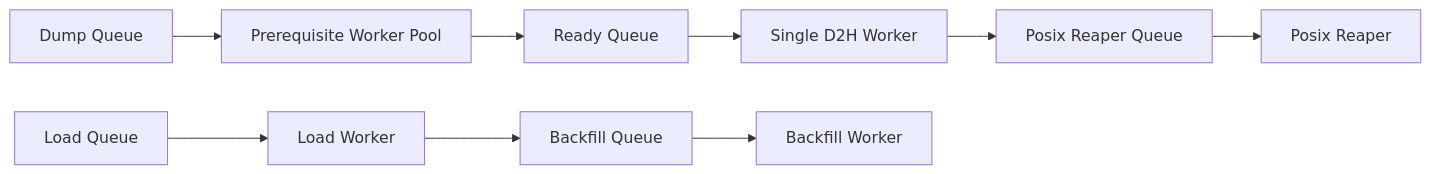
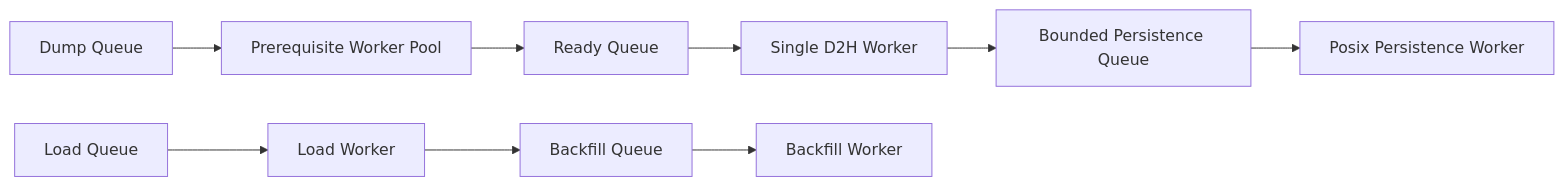
Before and after one commit to dante159753/unified-cache-management: the eighth of 8 diagrams in yuanrong_store_adaptation_design.md, drawn with Mermaid. The commit also changed other lines of this file and 7 other files, not shown here.

````diff
--- a/yuanrong_store_adaptation_design.md
+++ b/yuanrong_store_adaptation_design.md
@@ -813,12 +838,12 @@
 ```mermaid
 flowchart LR
     DQ[Dump Queue] --> PP[Prerequisite Worker Pool]
     PP --> RQ[Ready Queue]
     RQ --> DW[Single D2H Worker]
-    DW --> PR[Posix Reaper Queue]
-    PR --> PW[Posix Reaper]
+    DW --> PQ[Bounded Persistence Queue]
+    PQ --> PW[Posix Persistence Worker]
 
     LQ[Load Queue] --> LW[Load Worker]
     LW --> BQ[Backfill Queue]
     BQ --> BW[Backfill Worker]
 ```
````
